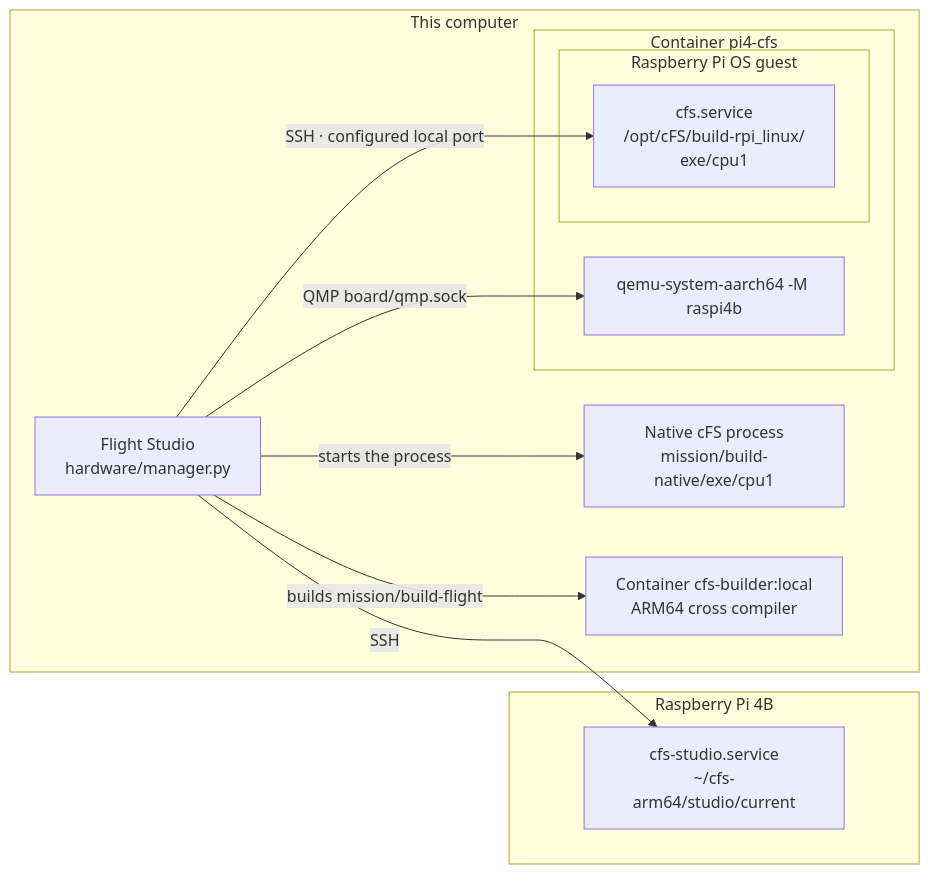
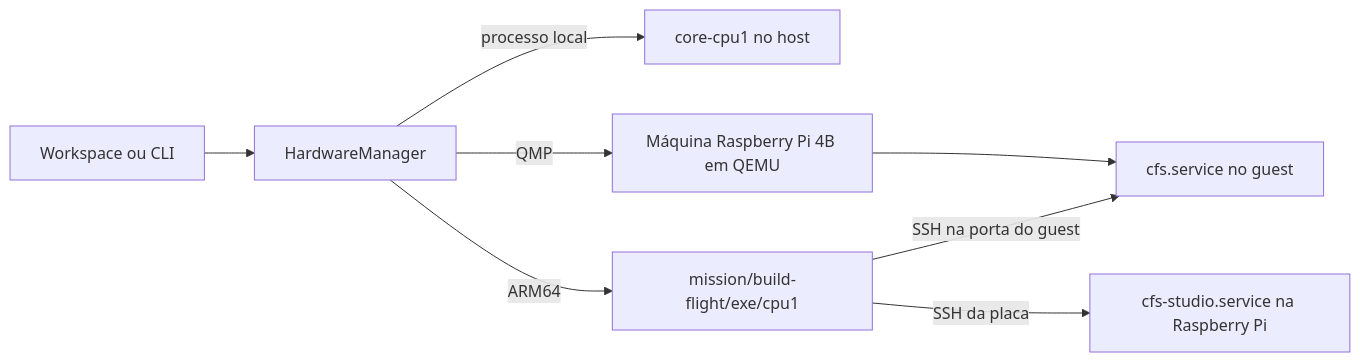
One commit to Raiagues/cfs_emulator changed the diagram in hardware/README.md. Above: the diagram before and after it, drawn with Mermaid. The commit also changed other lines of this file and 222 other files, not shown here.

````diff
--- a/hardware/README.md
+++ b/hardware/README.md
@@ -11,22 +17,10 @@
 ```mermaid
 flowchart LR
-    subgraph computer["This computer"]
-        manager["Flight Studio<br/>hardware/manager.py"]
-        native["Native cFS process<br/>mission/build-native/exe/cpu1"]
-        builder["Container cfs-builder:local<br/>ARM64 cross compiler"]
-        subgraph emulator["Container pi4-cfs"]
-            qemu["qemu-system-aarch64 -M raspi4b"]
-            subgraph guest["Raspberry Pi OS guest"]
-                guestcfs["cfs.service<br/>/opt/cFS/build-rpi_linux/<br/>exe/cpu1"]
-            end
-        end
-    end
-    subgraph pi["Raspberry Pi 4B"]
-        boardcfs["cfs-studio.service<br/>~/cfs-arm64/studio/current"]
-    end
-    manager -->|"starts the process"| native
-    manager -->|"builds mission/build-flight"| builder
-    manager -->|"QMP board/qmp.sock"| qemu
-    manager -->|"SSH · configured local port"| guestcfs
-    manager -->|"SSH"| boardcfs
+    Studio["Workspace ou CLI"] --> M["HardwareManager"]
+    M -->|processo local| N["core-cpu1 no host"]
+    M -->|"ARM64"| B["mission/build-flight/exe/cpu1"]
+    B -->|"SSH na porta do guest"| L["cfs.service no guest"]
+    B -->|"SSH da placa"| P["cfs-studio.service na Raspberry Pi"]
+    M -->|"QMP"| E["Máquina Raspberry Pi 4B em QEMU"]
+    E --> L
 ```
````
